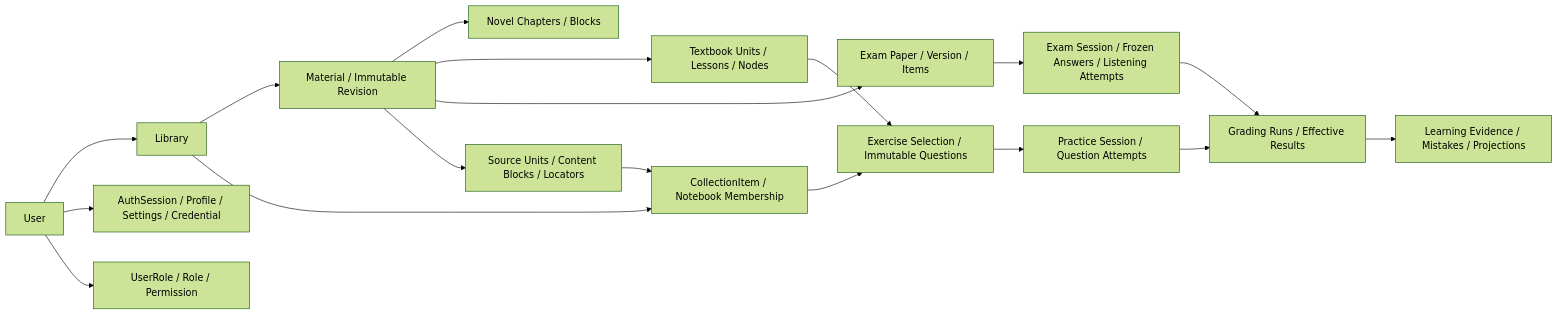
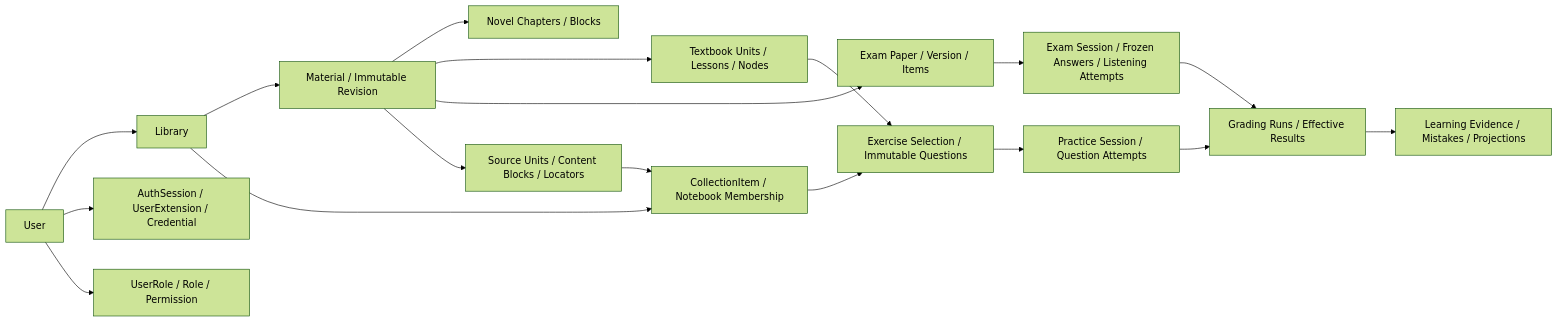
Before and after one commit to cagayakeKON/haruka_dic: the first of 2 diagrams in docs/architecture/database-design.md, drawn with Mermaid (forest theme). The commit also changed other lines of this file and 22 other files, not shown here.

```diff
--- a/docs/architecture/database-design.md
+++ b/docs/architecture/database-design.md
@@ -87,20 +90,20 @@
 ~~~mermaid
 flowchart LR
     U[User] --> L[Library]
-    U --> A[AuthSession / Profile / Settings / Credential]
+    U --> A[AuthSession / UserExtension / Credential]
     U --> R[UserRole / Role / Permission]
     L --> M[Material / Immutable Revision]
     M --> N[Novel Chapters / Blocks]
     M --> T[Textbook Units / Lessons / Nodes]
     M --> E[Exam Paper / Version / Items]
     M --> S[Source Units / Content Blocks / Locators]
     L --> C[CollectionItem / Notebook Membership]
     S --> C
     C --> Q[Exercise Selection / Immutable Questions]
     T --> Q
     E --> X[Exam Session / Frozen Answers / Listening Attempts]
     Q --> P[Practice Session / Question Attempts]
     X --> G[Grading Runs / Effective Results]
     P --> G
     G --> V[Learning Evidence / Mistakes / Projections]
 ~~~
```
